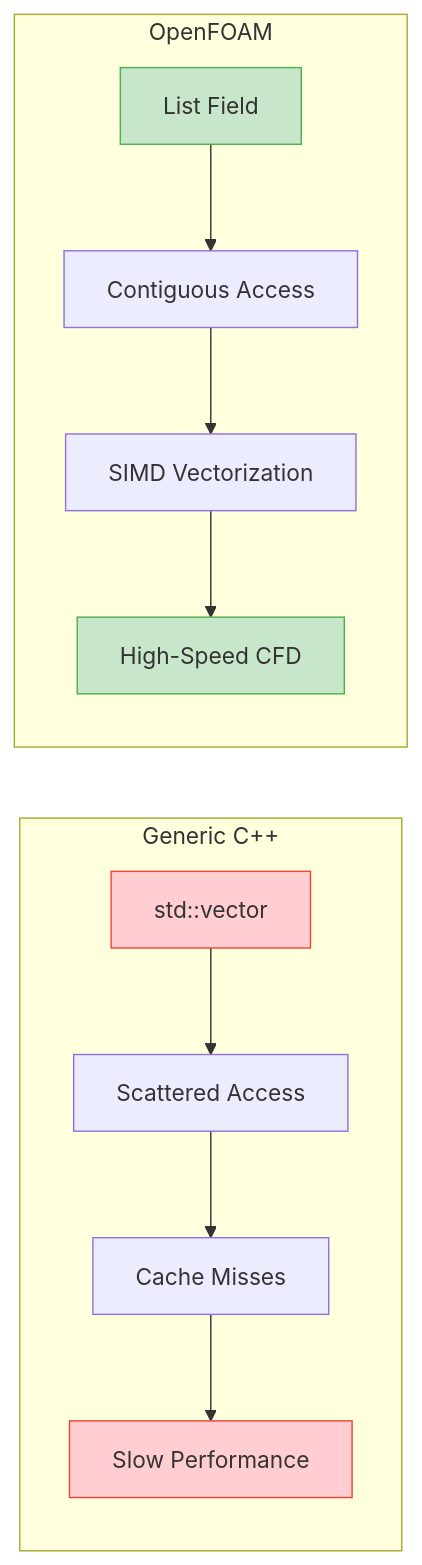
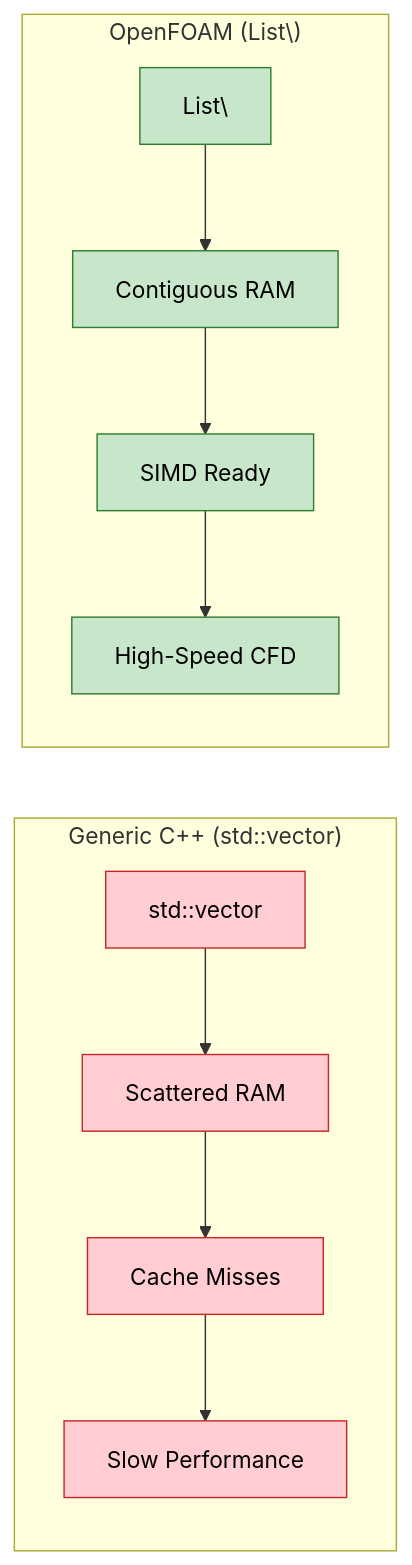
One commit to wramet/build-my-cfd changed the third of 4 diagrams in MODULE_05_OPENFOAM_PROGRAMMING/CONTENT/03_CONTAINERS_MEMORY/01_Introduction.md. Above: the diagram before and after it, drawn with Mermaid. The commit also changed other lines of this file and 313 other files, not shown here.

Commit message:
Revise all diagram

````diff
--- a/MODULE_05_OPENFOAM_PROGRAMMING/CONTENT/03_CONTAINERS_MEMORY/01_Introduction.md
+++ b/MODULE_05_OPENFOAM_PROGRAMMING/CONTENT/03_CONTAINERS_MEMORY/01_Introduction.md
@@ -142,19 +138,15 @@
 ```mermaid
-graph LR
-    subgraph "Generic C++"
-        A1["std::vector"] --> B1["Scattered Access"]
-        B1 --> C1["Cache Misses"]
-        C1 --> D1["Slow Performance"]
-    end
-
-    subgraph "OpenFOAM"
-        A2["List Field"] --> B2["Contiguous Access"]
-        B2 --> C2["SIMD Vectorization"]
-        C2 --> D2["High-Speed CFD"]
-    end
-
-    style A2 fill:#c8e6c9,stroke:#4caf50
-    style D2 fill:#c8e6c9,stroke:#4caf50
-    style A1 fill:#ffcdd2,stroke:#f44336
-    style D1 fill:#ffcdd2,stroke:#f44336
+flowchart LR
+classDef bad fill:#ffcdd2,stroke:#c62828,color:#000
+classDef good fill:#c8e6c9,stroke:#2e7d32,color:#000
+subgraph Generic ["Generic C++ (std::vector)"]
+    A1["std::vector"]:::bad --> B1["Scattered RAM"]:::bad
+    B1 --> C1["Cache Misses"]:::bad
+    C1 --> D1["Slow Performance"]:::bad
+end
+subgraph OF ["OpenFOAM (List\<T\>)"]
+    A2["List\<Field\>"]:::good --> B2["Contiguous RAM"]:::good
+    B2 --> C2["SIMD Ready"]:::good
+    C2 --> D2["High-Speed CFD"]:::good
+end
 ```
````
